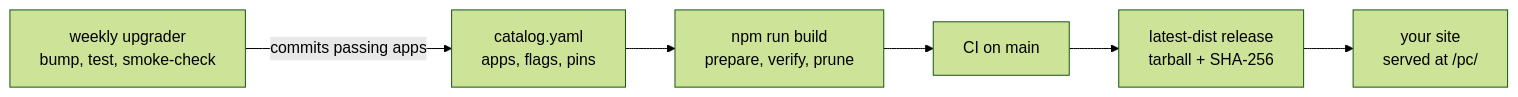
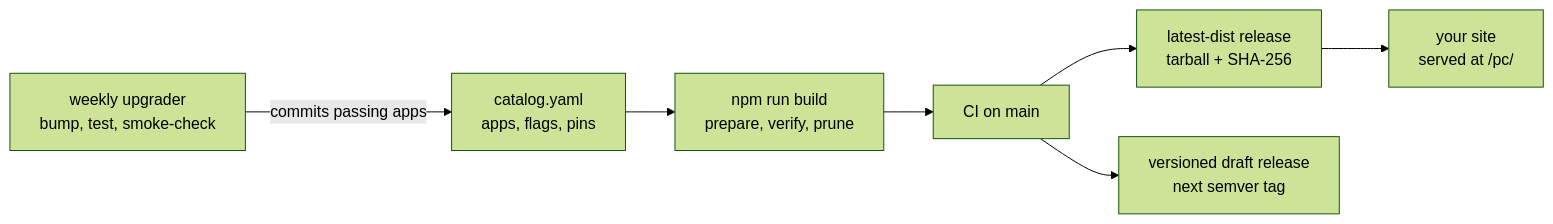
The diagram in README.md (codemug/webpc), drawn with Mermaid (forest theme) before and after one commit. The commit also changed other lines of this file and 4 other files, not shown here.

First line of the commit message:
feat(release): versioned releases with one rolling draft

````diff
--- a/README.md
+++ b/README.md
@@ -85,8 +85,9 @@
 ```mermaid
 flowchart LR
   C[catalog.yaml<br/>apps, flags, pins] --> B[npm run build<br/>prepare, verify, prune]
   U[weekly upgrader<br/>bump, test, smoke-check] -->|commits passing apps| C
   B --> CI[CI on main]
   CI --> R[latest-dist release<br/>tarball + SHA-256]
+  CI --> D[versioned draft release<br/>next semver tag]
   R --> H[your site<br/>served at /pc/]
 ```
````
